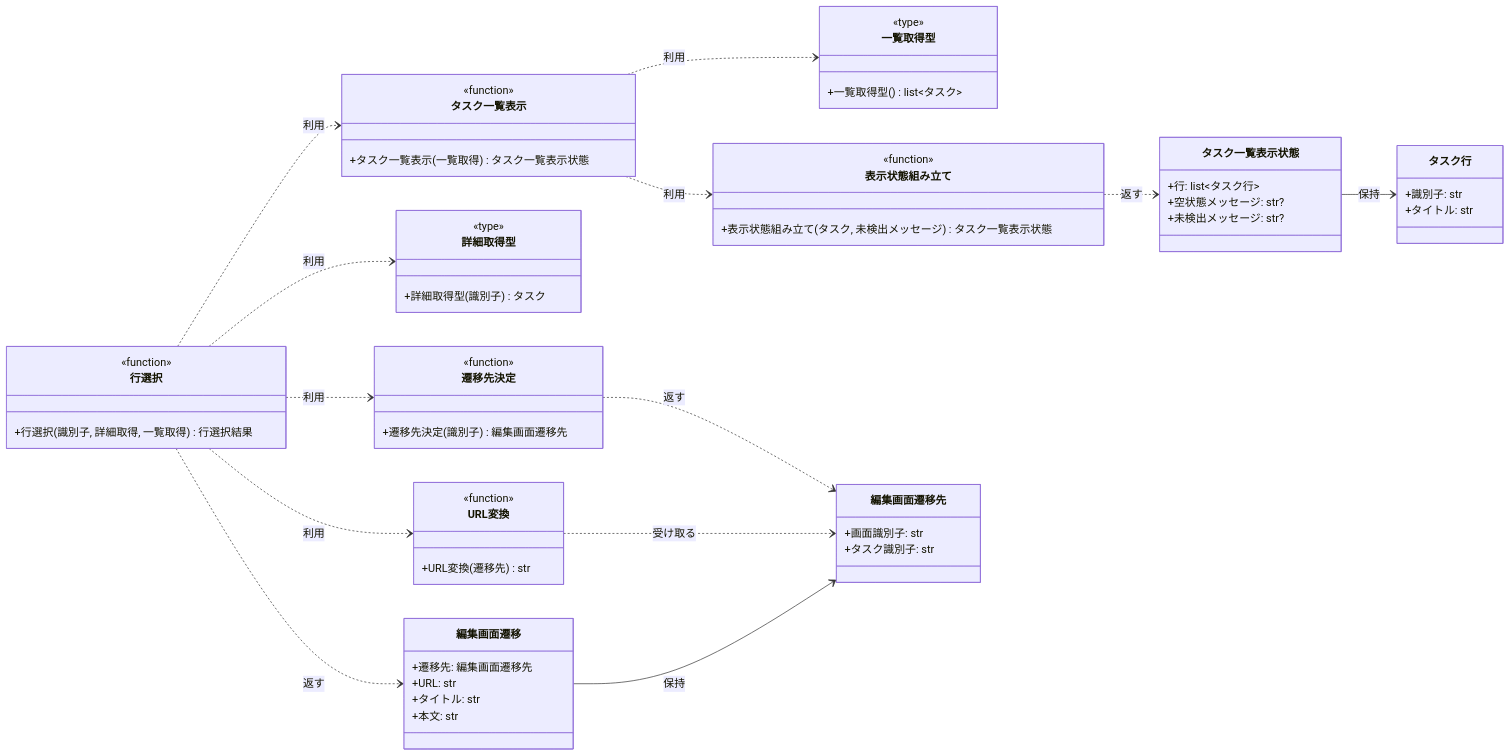
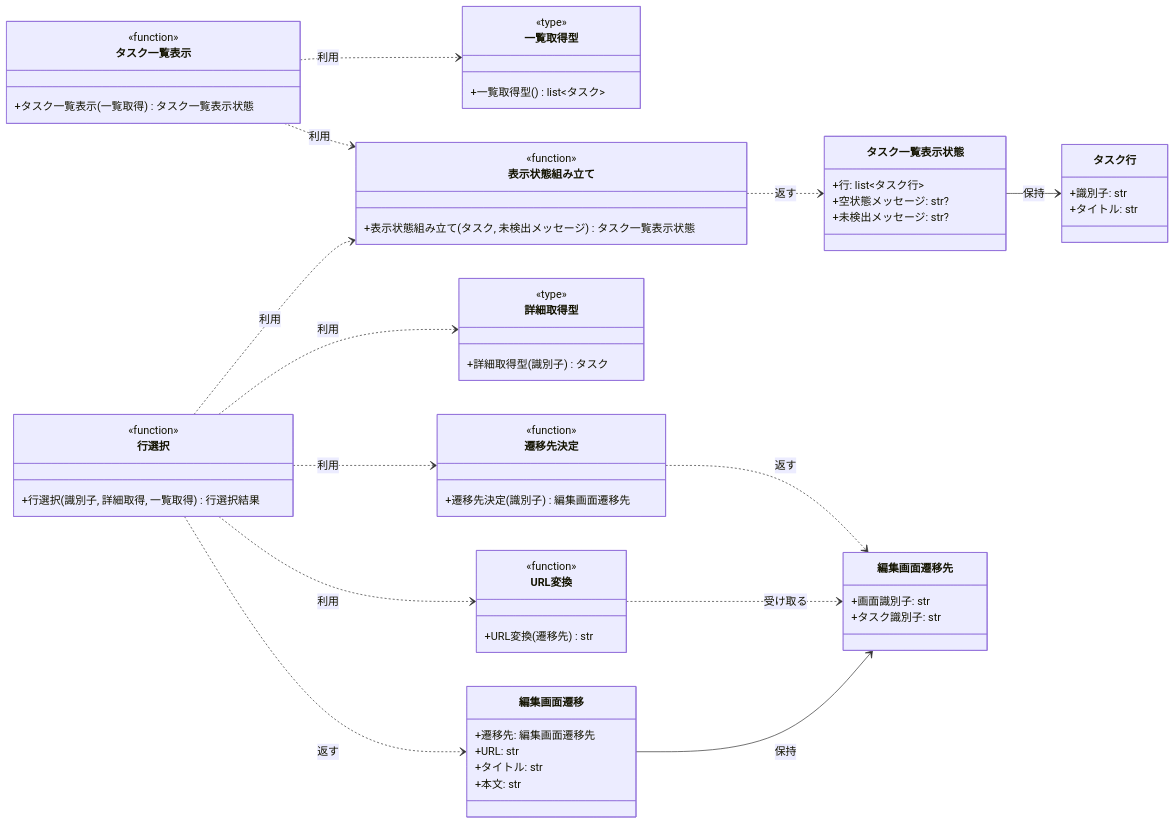
One commit to shuhei1101/ai-monitor-e2e changed the diagram in docs/wiki/設計図/モジュール構成/フロントエンド/タスク.py.md. Above: the diagram before and after it, drawn with Mermaid. The commit also changed other lines of this file, not shown here.

Commit message:
行選択の未検出分岐の呼び出し先を表示状態組み立てに絞る

```diff
--- a/docs/wiki/設計図/モジュール構成/フロントエンド/タスク.py.md
+++ b/docs/wiki/設計図/モジュール構成/フロントエンド/タスク.py.md
@@ -43,7 +43,7 @@
   行選択 ..> 詳細取得型 : 利用
   行選択 ..> 遷移先決定 : 利用
   行選択 ..> URL変換 : 利用
-  行選択 ..> タスク一覧表示 : 利用
+  行選択 ..> 表示状態組み立て : 利用
   行選択 ..> 編集画面遷移 : 返す
   表示状態組み立て ..> タスク一覧表示状態 : 返す
   遷移先決定 ..> 編集画面遷移先 : 返す
```
